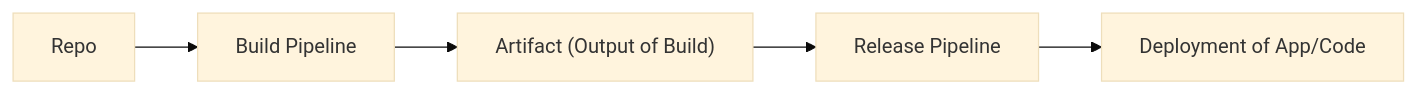
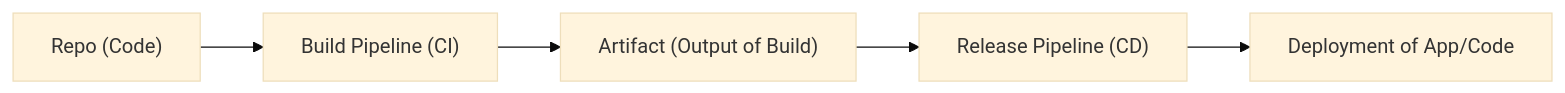
Before and after one commit to ManuelBerrueta/ManuelBerrueta.github.io: the diagram in _supply_chain_security/DevOps_Process.md, drawn with Mermaid (base theme). The commit also changed other lines of this file and 1 other file, not shown here.

````diff
--- a/_supply_chain_security/DevOps_Process.md
+++ b/_supply_chain_security/DevOps_Process.md
@@ -8,13 +6,13 @@
 ```mermaid
 graph LR
-  A[Repo] --> B[Build Pipeline]
+  A["Repo (Code)"] --> B["Build Pipeline (CI)"]
   B --> C["Artifact (Output of Build)"]
-  C --> D[Release Pipeline]
+  C --> D["Release Pipeline (CD)"]
   D --> E[Deployment of App/Code]
 
   click A "#1-repository-repo"
   click B "#2-build-pipeline"
   click C "#3-artifact-output-of-build"
   click D "#4-release-pipeline"
   click E "#5-deployment-of-appcode"
 ```
````
